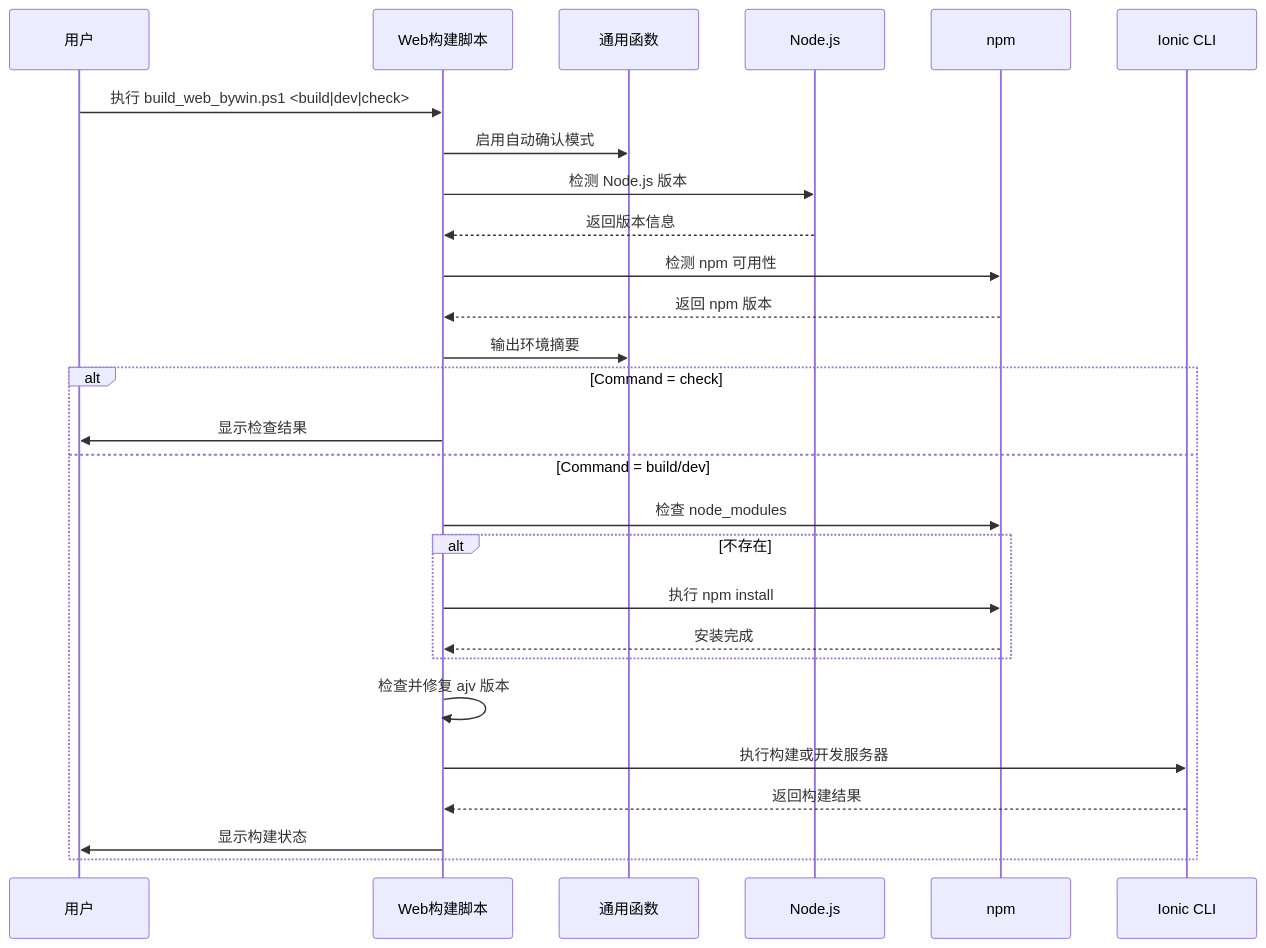
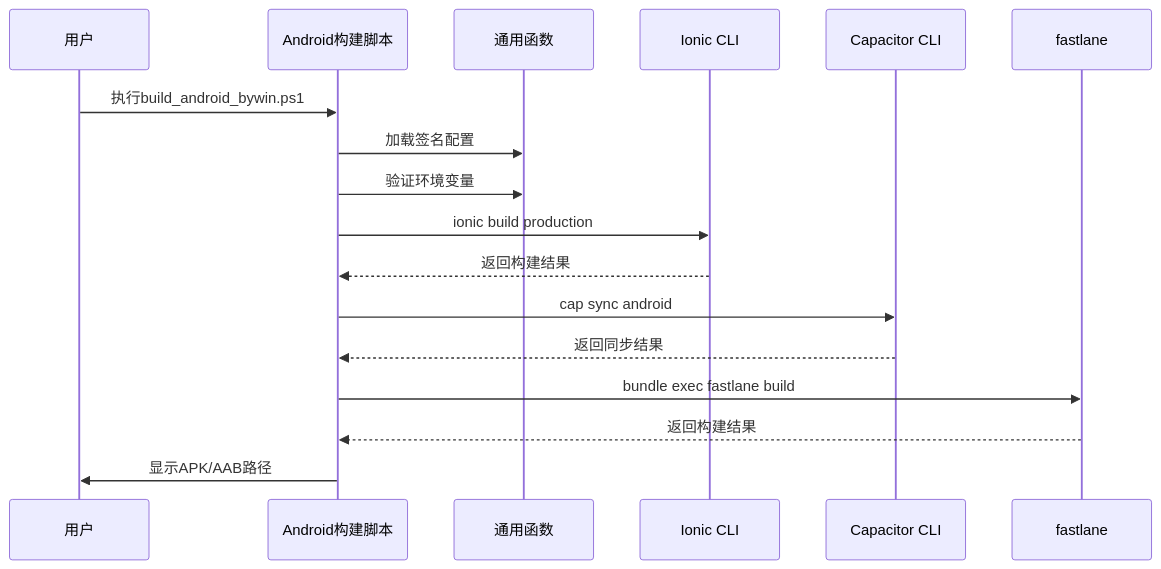
One commit to tea4go/Macro-Deck-Client-App changed the fourth of 8 diagrams in .qoder/repowiki/zh/content/构建与部署/Windows PowerShell自动化.md. Above: the diagram before and after it, drawn with Mermaid. The commit also changed other lines of this file and 15 other files, not shown here.

First line of the commit message:
feat(build): 引入Ionic+Capacitor+fastlane构建部署体系

````diff
--- a/.qoder/repowiki/zh/content/构建与部署/Windows PowerShell自动化.md
+++ b/.qoder/repowiki/zh/content/构建与部署/Windows PowerShell自动化.md
@@ -379,29 +353,19 @@
 ```mermaid
 sequenceDiagram
 participant User as 用户
-participant WebScript as Web构建脚本
+participant BuildScript as Android构建脚本
 participant Common as 通用函数
-participant NodeJS as Node.js
-participant NPM as npm
 participant Ionic as Ionic CLI
-User->>WebScript : 执行 build_web_bywin.ps1 <build|dev|check>
-WebScript->>Common : 启用自动确认模式
-WebScript->>NodeJS : 检测 Node.js 版本
-NodeJS-->>WebScript : 返回版本信息
-WebScript->>NPM : 检测 npm 可用性
-NPM-->>WebScript : 返回 npm 版本
-WebScript->>Common : 输出环境摘要
-alt Command = check
-WebScript->>User : 显示检查结果
-else Command = build/dev
-WebScript->>NPM : 检查 node_modules
-alt 不存在
-WebScript->>NPM : 执行 npm install
-NPM-->>WebScript : 安装完成
-end
-WebScript->>WebScript : 检查并修复 ajv 版本
-WebScript->>Ionic : 执行构建或开发服务器
-Ionic-->>WebScript : 返回构建结果
-WebScript->>User : 显示构建状态
-end
+participant Capacitor as Capacitor CLI
+participant Fastlane as fastlane
+User->>BuildScript : 执行build_android_bywin.ps1
+BuildScript->>Common : 加载签名配置
+BuildScript->>Common : 验证环境变量
+BuildScript->>Ionic : ionic build production
+Ionic-->>BuildScript : 返回构建结果
+BuildScript->>Capacitor : cap sync android
+Capacitor-->>BuildScript : 返回同步结果
+BuildScript->>Fastlane : bundle exec fastlane build
+Fastlane-->>BuildScript : 返回构建结果
+BuildScript->>User : 显示APK/AAB路径
 ```
````
